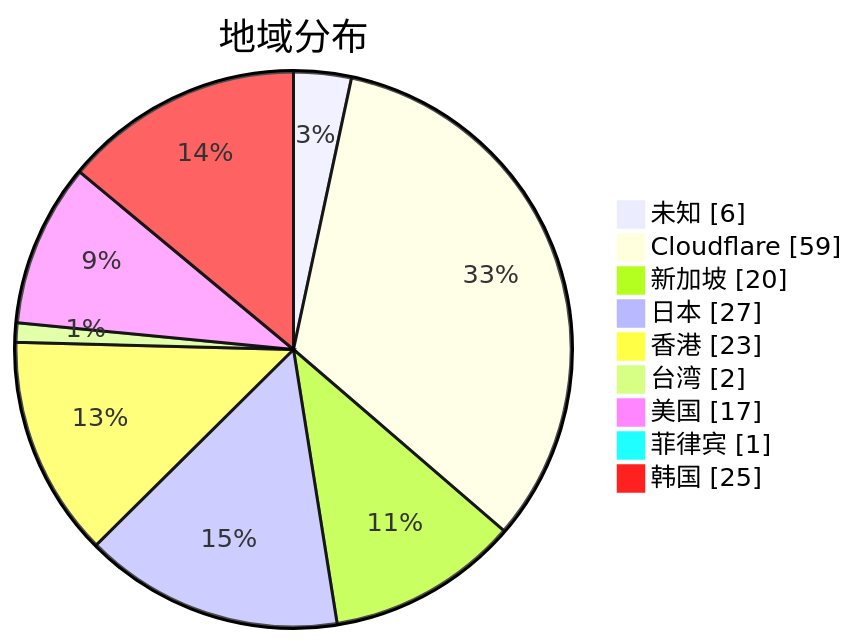
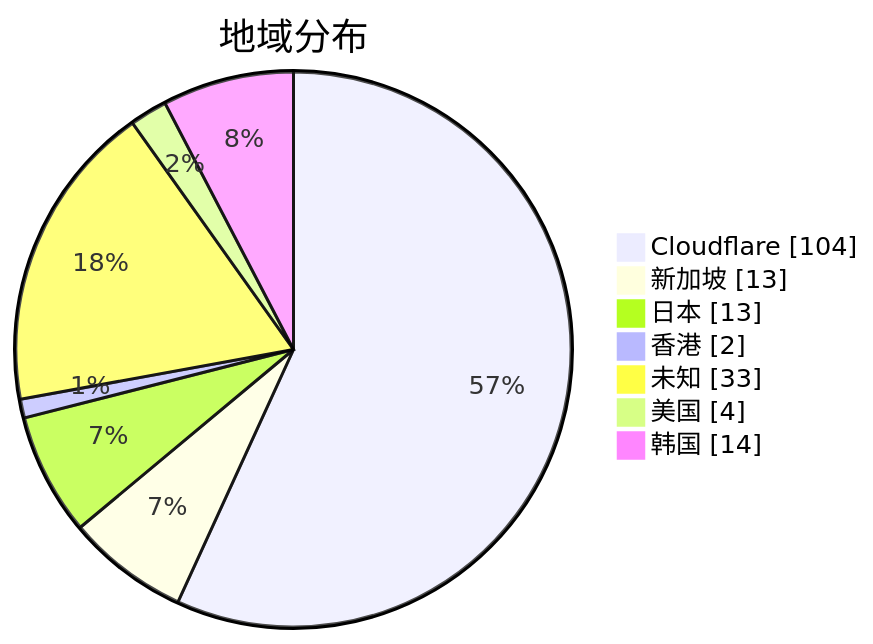
The second of 3 diagrams in subs/statistics/tested_within.md (qjlxg/airport), drawn with Mermaid before and after one commit. The commit also changed other lines of this file and 2 other files, not shown here.

````diff
--- a/subs/statistics/tested_within.md
+++ b/subs/statistics/tested_within.md
@@ -12,13 +12,11 @@
 ```mermaid
 pie showData
 title 地域分布
-"未知" : 6
-"Cloudflare" : 59
-"新加坡" : 20
-"日本" : 27
-"香港" : 23
-"台湾" : 2
-"美国" : 17
-"菲律宾" : 1
-"韩国" : 25
+"Cloudflare" : 104
+"新加坡" : 13
+"日本" : 13
+"香港" : 2
+"未知" : 33
+"美国" : 4
+"韩国" : 14
 ```
````
